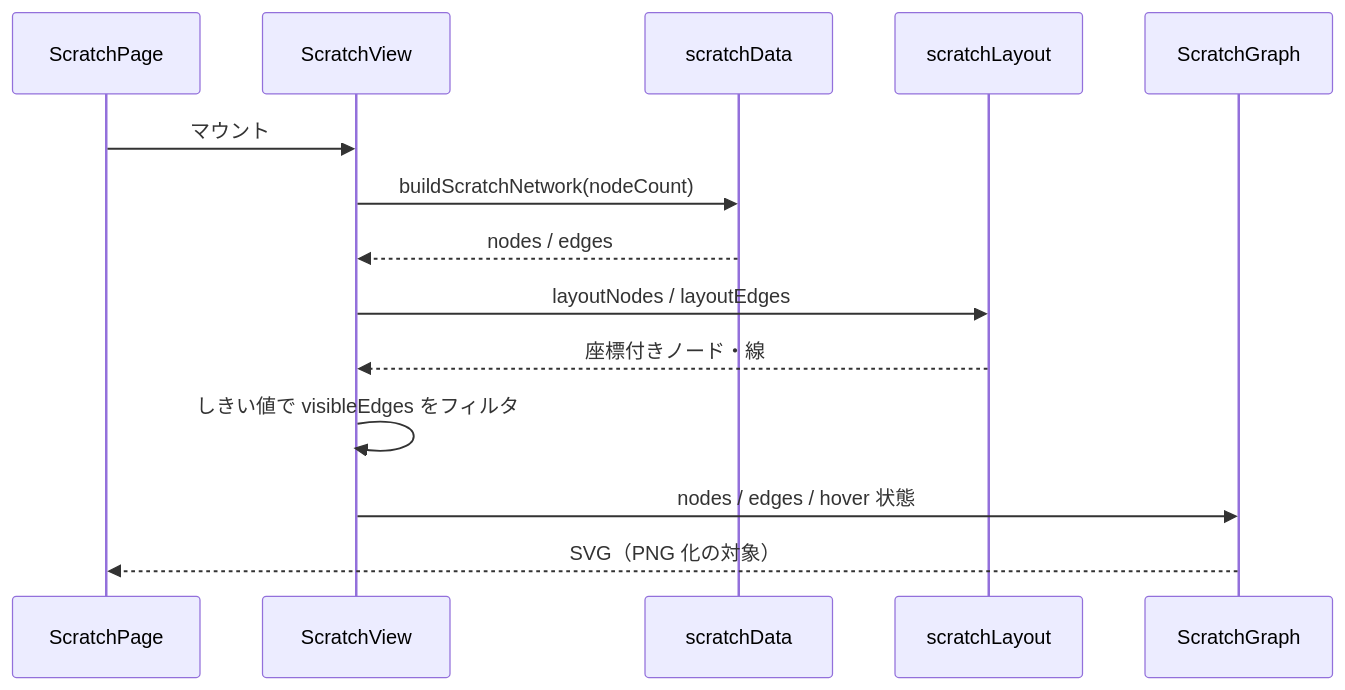
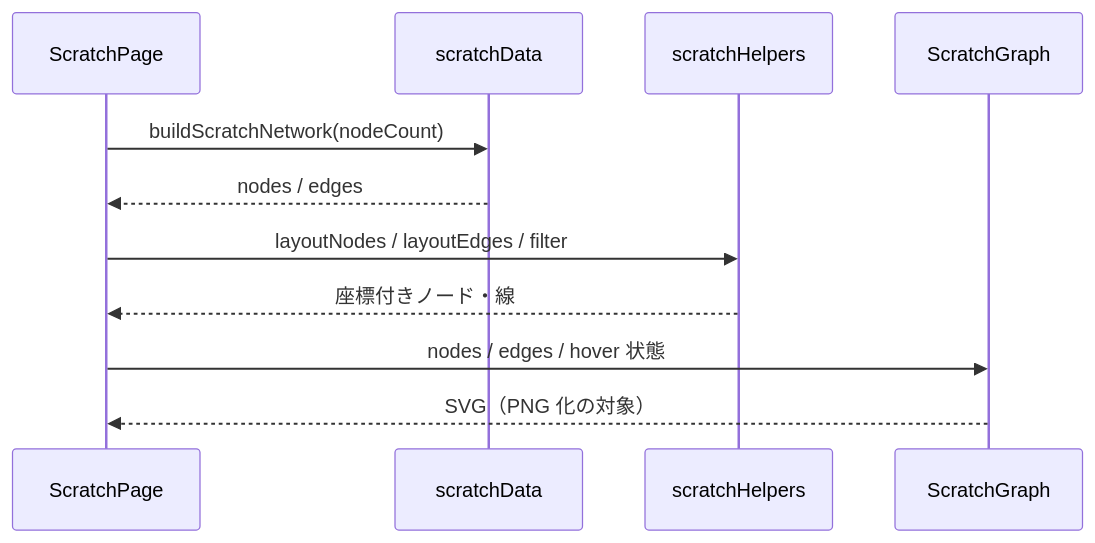
One commit to xpendev/graphtest changed the second of 2 diagrams in docs/component-scratch.md. Above: the diagram before and after it, drawn with Mermaid. The commit also changed other lines of this file and 33 other files, not shown here.

````diff
--- a/docs/component-scratch.md
+++ b/docs/component-scratch.md
@@ -56,17 +32,14 @@
 ```mermaid
 sequenceDiagram
   participant Page as ScratchPage
-  participant View as ScratchView
   participant Data as scratchData
-  participant Layout as scratchLayout
+  participant Helpers as scratchHelpers
   participant Graph as ScratchGraph
 
-  Page->>View: マウント
-  View->>Data: buildScratchNetwork(nodeCount)
-  Data-->>View: nodes / edges
-  View->>Layout: layoutNodes / layoutEdges
-  Layout-->>View: 座標付きノード・線
-  View->>View: しきい値で visibleEdges をフィルタ
-  View->>Graph: nodes / edges / hover 状態
+  Page->>Data: buildScratchNetwork(nodeCount)
+  Data-->>Page: nodes / edges
+  Page->>Helpers: layoutNodes / layoutEdges / filter
+  Helpers-->>Page: 座標付きノード・線
+  Page->>Graph: nodes / edges / hover 状態
   Graph-->>Page: SVG（PNG 化の対象）
 ```
````
